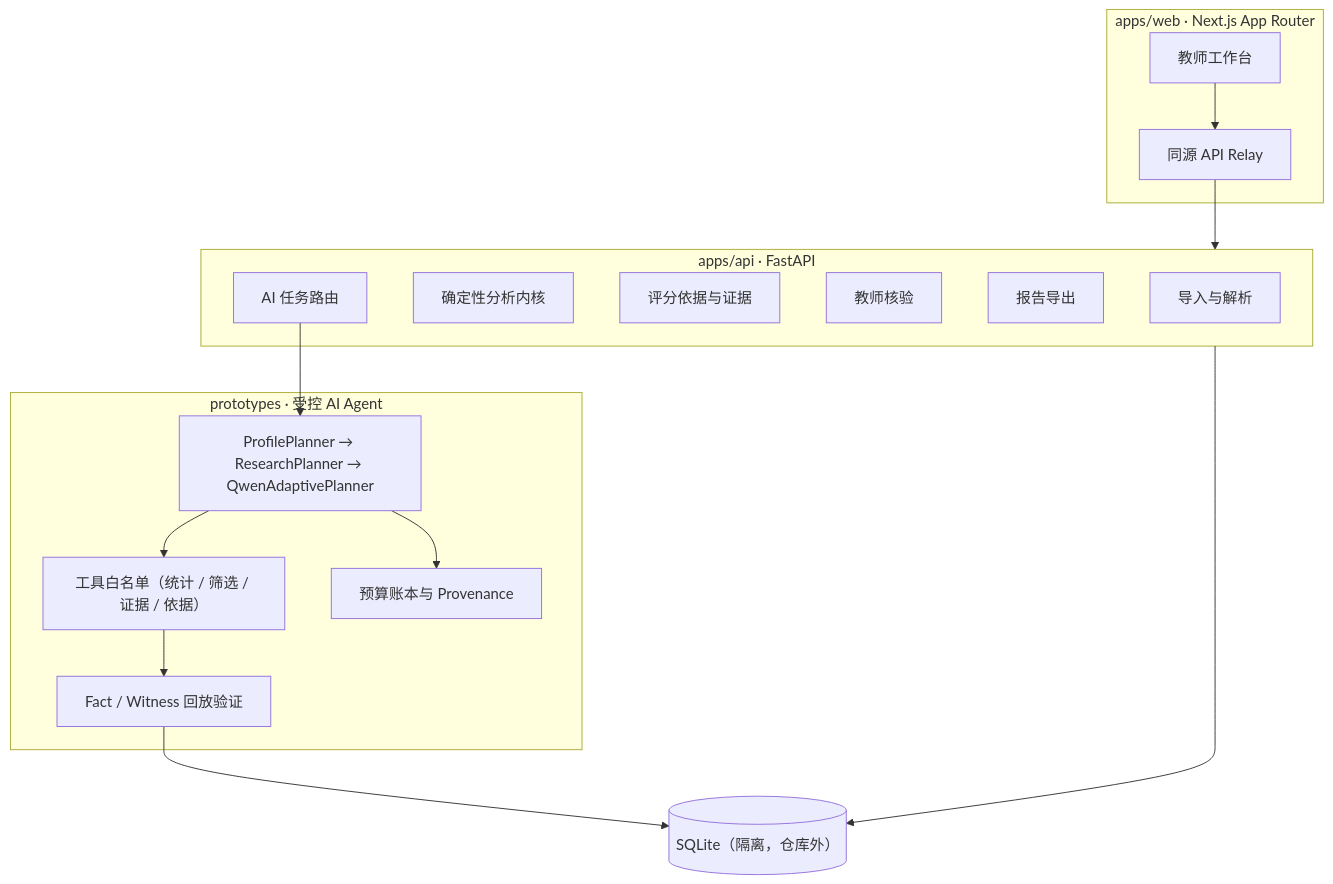
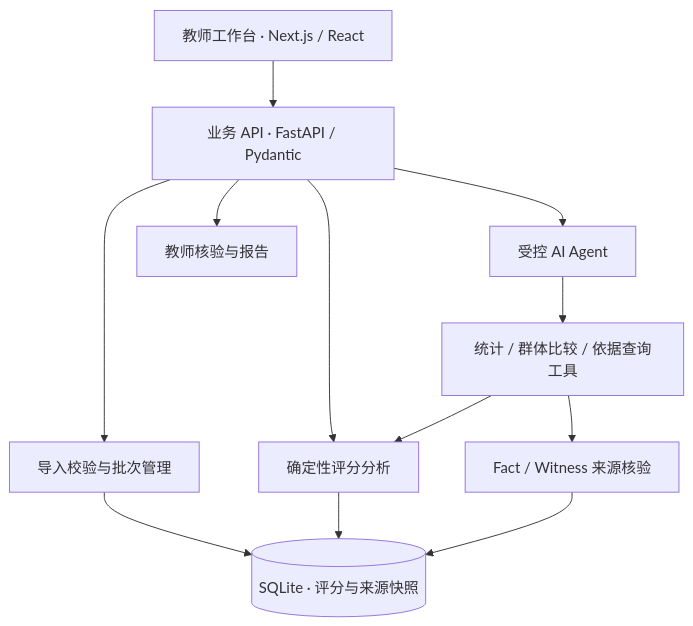
One commit to ZAMYL/weiran-edu changed the second of 2 diagrams in README.md. Above: the diagram before and after it, drawn with Mermaid. The commit also changed other lines of this file, not shown here.

````diff
--- a/README.md
+++ b/README.md
@@ -42,32 +74,14 @@
 ```mermaid
 flowchart TB
-    subgraph Web["apps/web · Next.js App Router"]
-        UI["教师工作台"]
-        Relay["同源 API Relay"]
-    end
-
-    subgraph API["apps/api · FastAPI"]
-        Import["导入与解析"]
-        Analysis["确定性分析内核"]
-        Evidence["评分依据与证据"]
-        Review["教师核验"]
-        Export["报告导出"]
-        AIRoutes["AI 任务路由"]
-    end
-
-    subgraph Agent["prototypes · 受控 AI Agent"]
-        Planner["ProfilePlanner → ResearchPlanner → QwenAdaptivePlanner"]
-        Tools["工具白名单（统计 / 筛选 / 证据 / 依据）"]
-        Verify["Fact / Witness 回放验证"]
-        Budget["预算账本与 Provenance"]
-    end
-
-    DB[("SQLite（隔离，仓库外）")]
-
-    UI --> Relay --> API
-    API --> DB
-    AIRoutes --> Planner
-    Planner --> Tools --> Verify
-    Planner --> Budget
-    Verify --> DB
+    W["教师工作台 · Next.js / React"] --> API["业务 API · FastAPI / Pydantic"]
+    API --> IMP["导入校验与批次管理"]
+    API --> ANA["确定性评分分析"]
+    API --> AG["受控 AI Agent"]
+    IMP --> DB[("SQLite · 评分与来源快照")]
+    ANA --> DB
+    AG --> TOOL["统计 / 群体比较 / 依据查询工具"]
+    TOOL --> ANA
+    TOOL --> EV["Fact / Witness 来源核验"]
+    EV --> DB
+    API --> REVIEW["教师核验与报告"]
 ```
````
